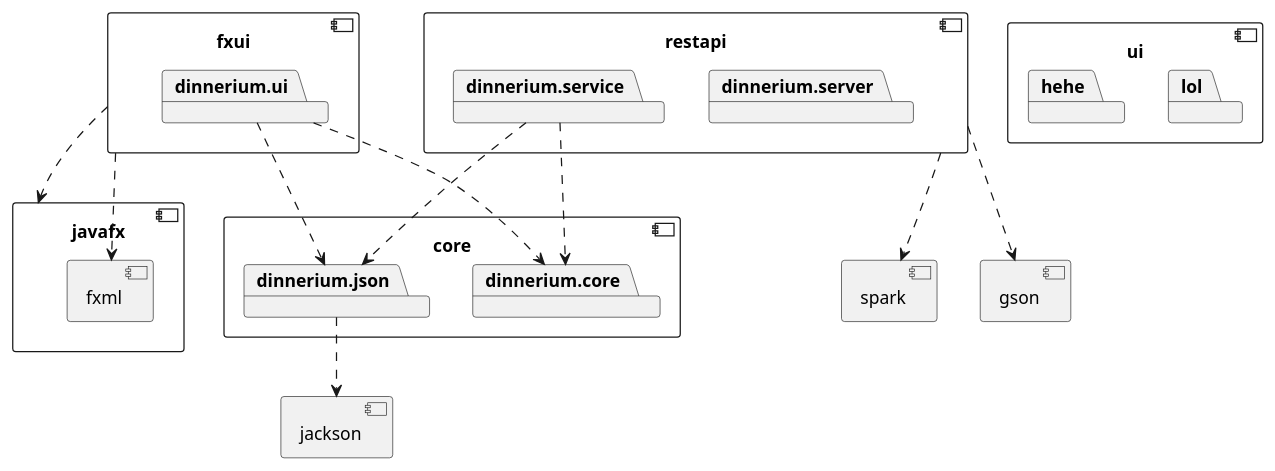
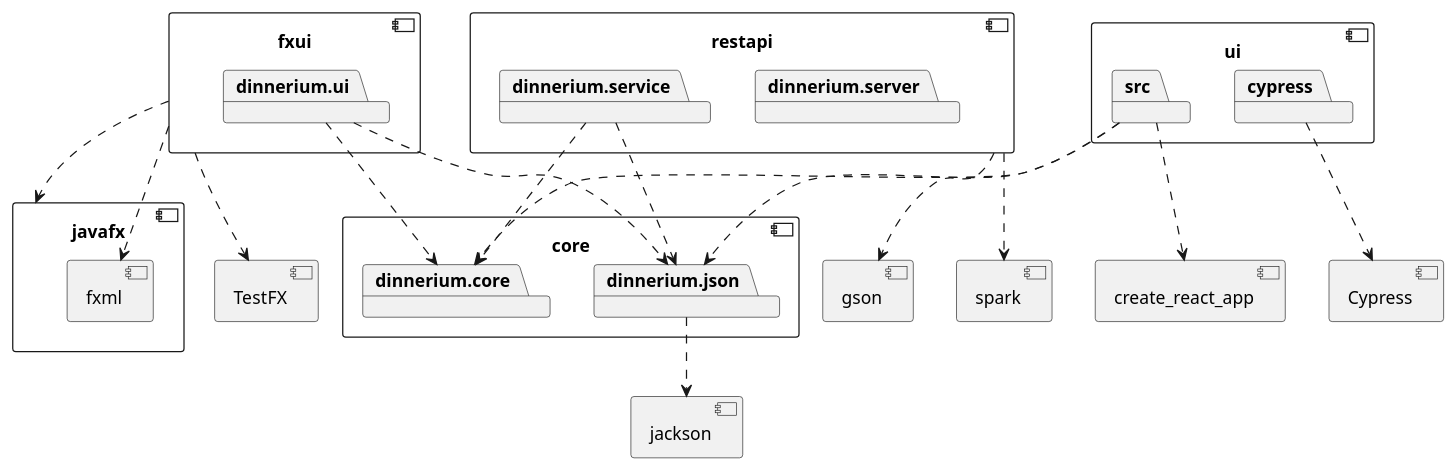
Before and after one commit to joonerik/dinnerium: the diagram in documentation/diagrams/package_diagram.puml, drawn with PlantUML. The commit also changed 4 other files, not shown here.

Commit message:
change to the new sequence diagram, and small rework to package diagram

```diff
--- a/documentation/diagrams/package_diagram.puml
+++ b/documentation/diagrams/package_diagram.puml
@@ -1,52 +1,67 @@
 @startuml
 
 component core {
 	package dinnerium.core
 	package dinnerium.json
 }
 
 component jackson {
 }
 
+component TestFX {
+}
+
 dinnerium.json ..> jackson
 
 component fxui {
 	package dinnerium.ui
 }
 
 dinnerium.ui ..> dinnerium.core
 dinnerium.ui ..> dinnerium.json
+fxui ..> TestFX
 
 component javafx {
 	component fxml {
 	}
 }
 
 fxui ..> javafx
 fxui ..> fxml
 
 component restapi {
 	package dinnerium.server
 	package dinnerium.service
 }
 
 component spark {
 }
 
 component gson {
 }
 
 restapi ..> spark
 restapi ..> gson
 
 component ui {
-	package lol
-	package hehe
+	package src
+	package cypress
 }
+
+component create_react_app {
+}
+
+component Cypress {
+}
+
+src ..> create_react_app
+cypress ..> Cypress
+src ..> dinnerium.json
+src ..> dinnerium.core
 
 
 dinnerium.service ..> dinnerium.core
 dinnerium.service ..> dinnerium.json
 
 
 @enduml
```
